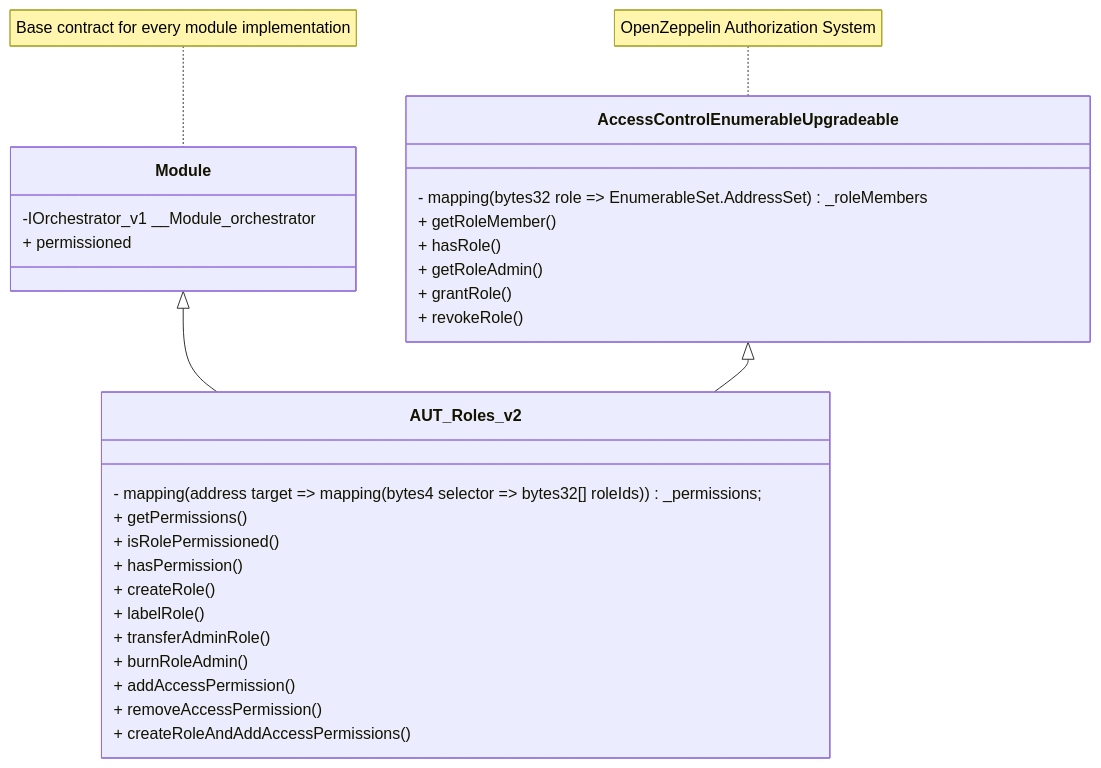
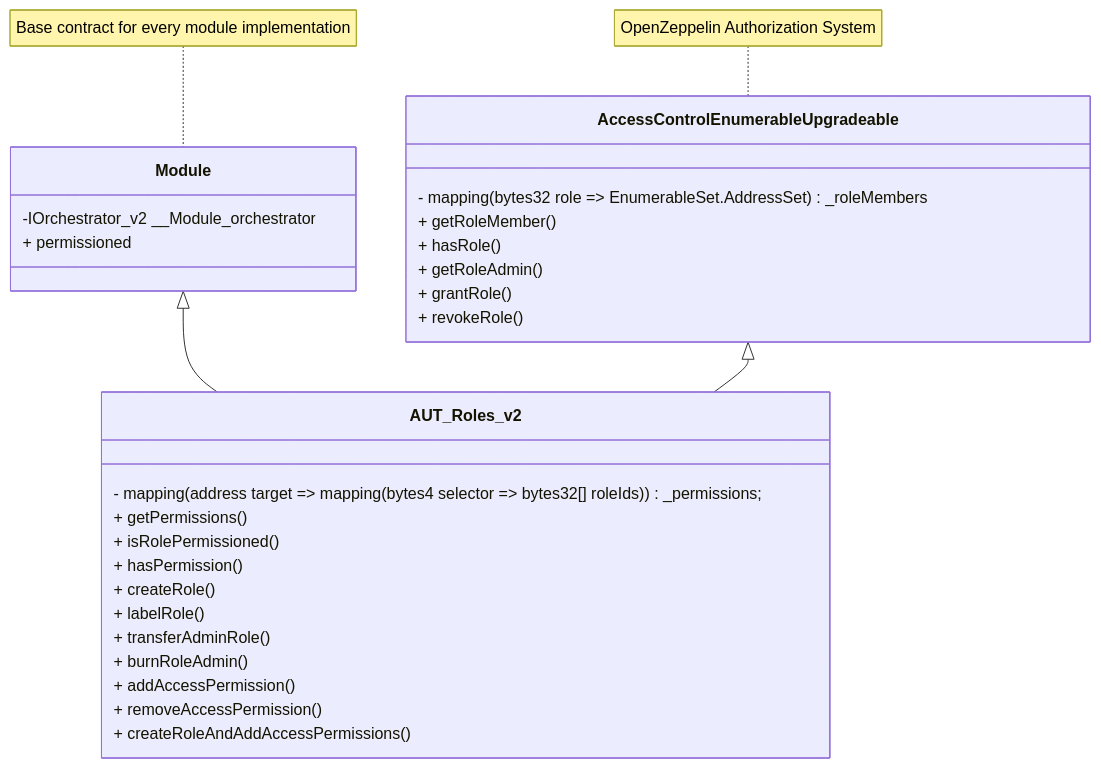
Before and after one commit to InverterNetwork/contracts: the diagram in docs/src/modules/authorizer/role/AUT_Roles_v2.md, drawn with Mermaid. The commit also changed 104 other files, not shown here.

````diff
--- a/docs/src/modules/authorizer/role/AUT_Roles_v2.md
+++ b/docs/src/modules/authorizer/role/AUT_Roles_v2.md
@@ -55,37 +55,37 @@
 ```mermaid
 classDiagram
 
     Module <|-- AUT_Roles_v2
     AccessControlEnumerableUpgradeable <|-- AUT_Roles_v2
 
     note for Module "Base contract for every module implementation"
     class Module{
-        -IOrchestrator_v1 __Module_orchestrator
+        -IOrchestrator_v2 __Module_orchestrator
         + permissioned
     }
 
     note for AccessControlEnumerableUpgradeable "OpenZeppelin Authorization System"
     class AccessControlEnumerableUpgradeable {
         - mapping(bytes32 role => EnumerableSet.AddressSet) _roleMembers
         + getRoleMember()
         + hasRole()
         + getRoleAdmin()
         + grantRole()
         + revokeRole()
     }
 
     class AUT_Roles_v2{
         - mapping(address target => mapping(bytes4 selector => bytes32[] roleIds)) _permissions;
         + getPermissions()
         + isRolePermissioned()
         + hasPermission()
         + createRole()
         + labelRole()
         + transferAdminRole()
         + burnRoleAdmin()
         + addAccessPermission()
         + removeAccessPermission()
         + createRoleAndAddAccessPermissions()
     }
 
 ```
````
